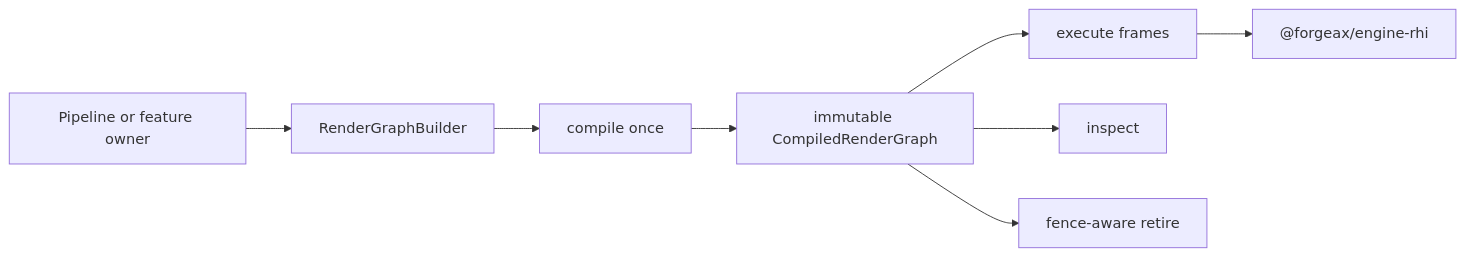
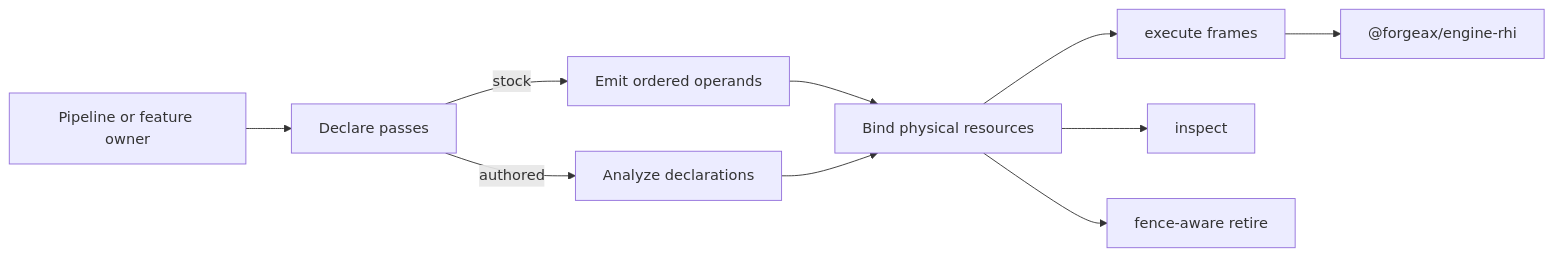
One commit to ForgeAX/forgeax-engine changed the first of 2 diagrams in packages/render-graph/README.md. Above: the diagram before and after it, drawn with Mermaid. The commit also changed other lines of this file and 2497 other files, not shown here.

````diff
--- a/packages/render-graph/README.md
+++ b/packages/render-graph/README.md
@@ -16,10 +16,12 @@
 ```mermaid
 flowchart LR
-  OWNER["Pipeline or feature owner"] --> BUILDER["RenderGraphBuilder"]
-  BUILDER --> COMPILE["compile once"]
-  COMPILE --> GRAPH["immutable CompiledRenderGraph"]
+  OWNER["Pipeline or feature owner"] --> BUILDER["Declare passes"]
+  BUILDER -->|stock| ORDERED["Emit ordered operands"]
+  BUILDER -->|authored| DEFERRED["Analyze declarations"]
+  ORDERED --> GRAPH["Bind physical resources"]
+  DEFERRED --> GRAPH
   GRAPH --> EXEC["execute frames"]
   GRAPH --> INSPECT["inspect"]
   GRAPH --> RETIRE["fence-aware retire"]
   EXEC --> RHI["@forgeax/engine-rhi"]
 ```
````
